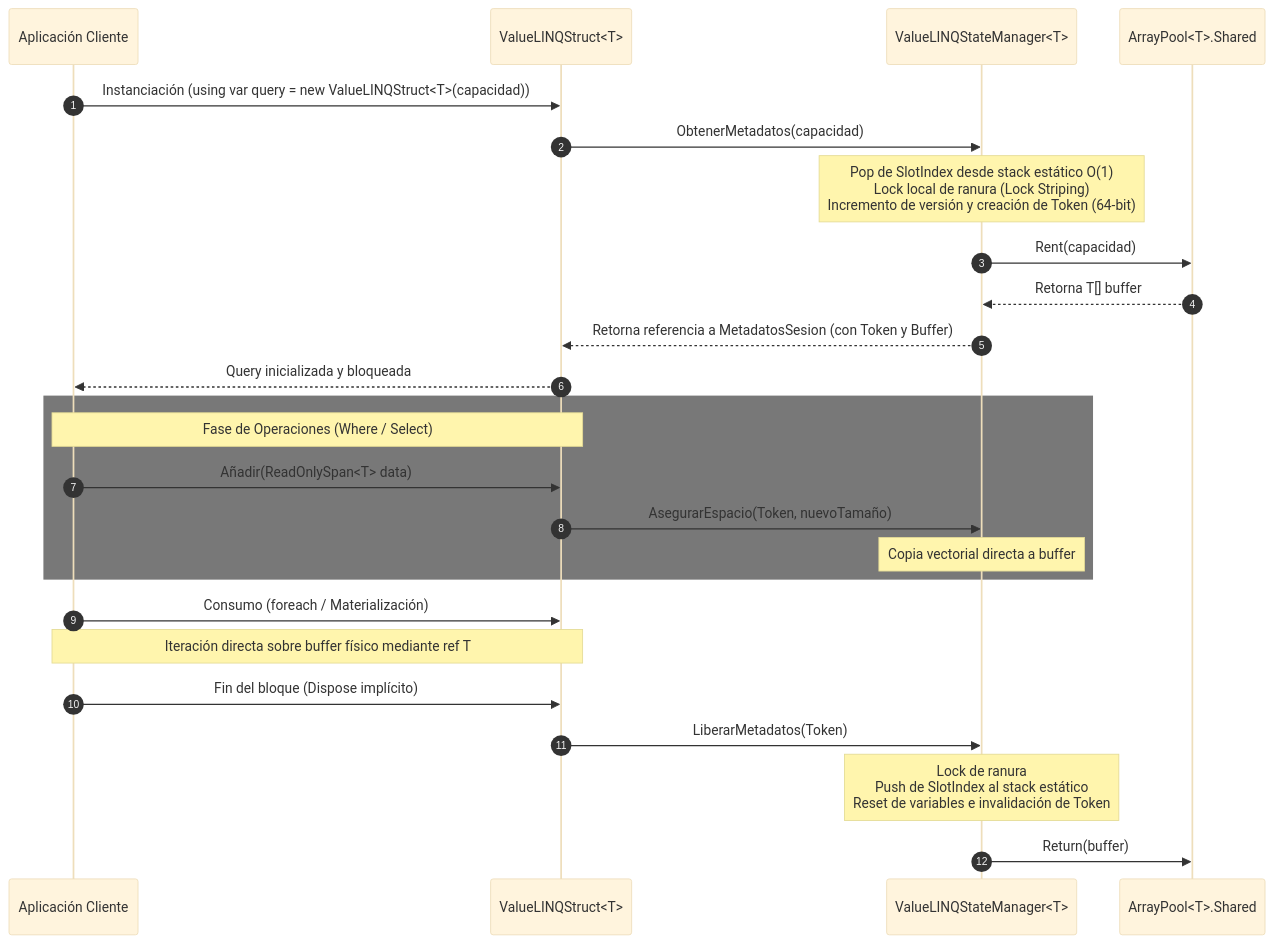
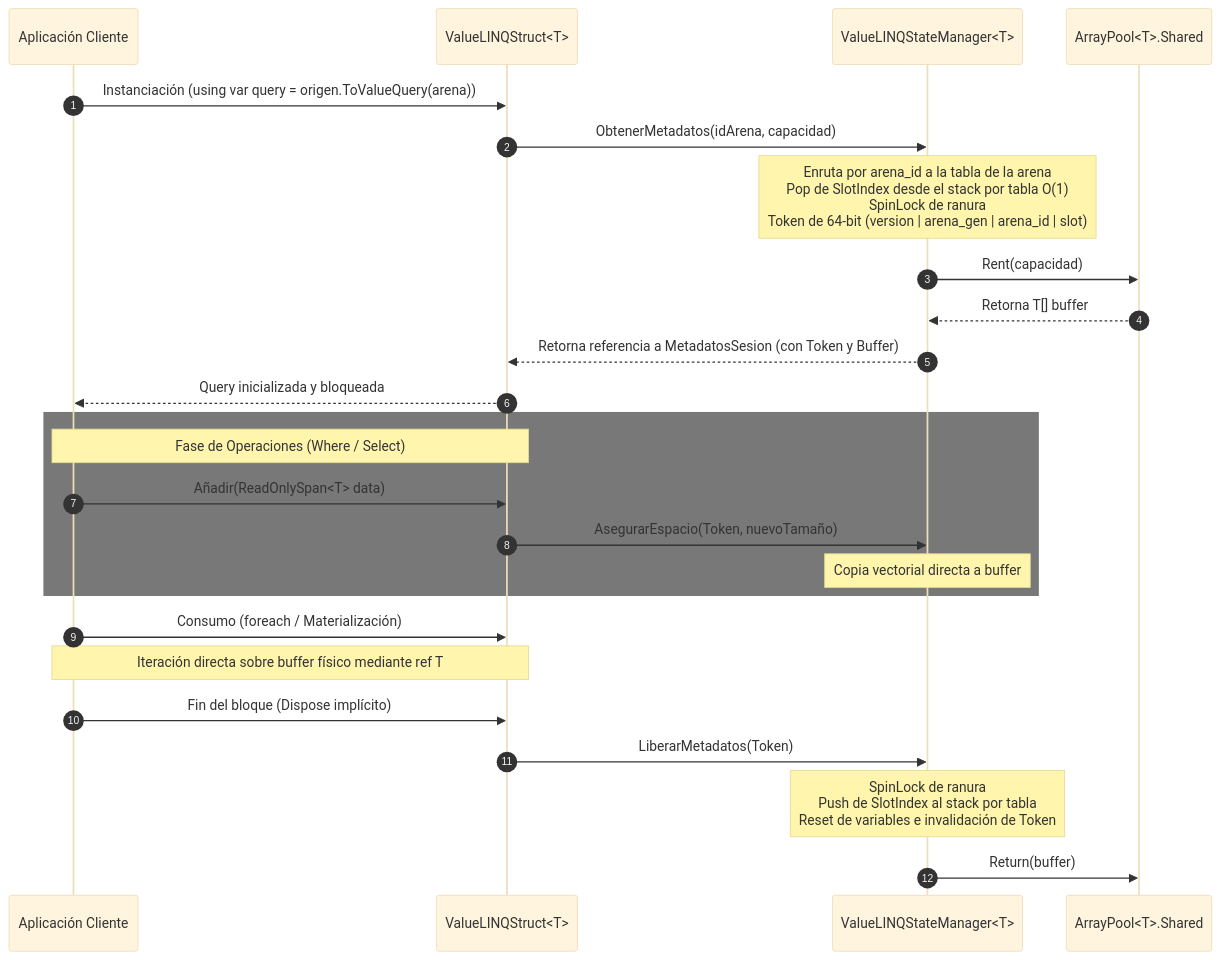
One commit to jcarrillo-dev/JCarrillo.AOT.Core changed the first of 2 diagrams in docs/ValueLINQ/README.md. Above: the diagram before and after it, drawn with Mermaid (base theme). The commit also changed other lines of this file and 5 other files, not shown here.

````diff
--- a/docs/ValueLINQ/README.md
+++ b/docs/ValueLINQ/README.md
@@ -106,31 +106,31 @@
 ```mermaid
 sequenceDiagram
     autonumber
     participant App as Aplicación Cliente
     participant VS as ValueLINQStruct<T>
     participant SM as ValueLINQStateManager<T>
     participant AP as ArrayPool<T>.Shared
 
-    App->>VS: Instanciación (using var query = new ValueLINQStruct<T>(capacidad))
-    VS->>SM: ObtenerMetadatos(capacidad)
-    Note over SM: Pop de SlotIndex desde stack estático O(1)<br/>Lock local de ranura (Lock Striping)<br/>Incremento de versión y creación de Token (64-bit)
+    App->>VS: Instanciación (using var query = origen.ToValueQuery(arena))
+    VS->>SM: ObtenerMetadatos(idArena, capacidad)
+    Note over SM: Enruta por arena_id a la tabla de la arena<br/>Pop de SlotIndex desde el stack por tabla O(1)<br/>SpinLock de ranura<br/>Token de 64-bit (version | arena_gen | arena_id | slot)
     SM->>AP: Rent(capacidad)
     AP-->>SM: Retorna T[] buffer
     SM-->>VS: Retorna referencia a MetadatosSesion (con Token y Buffer)
     VS-->>App: Query inicializada y bloqueada
 
     rect rgb(120, 120, 120)
         Note over App, VS: Fase de Operaciones (Where / Select)
         App->>VS: Añadir(ReadOnlySpan<T> data)
         VS->>SM: AsegurarEspacio(Token, nuevoTamaño)
         Note over SM: Copia vectorial directa a buffer
     end
 
     App->>VS: Consumo (foreach / Materialización)
     Note over App, VS: Iteración directa sobre buffer físico mediante ref T
 
     App->>VS: Fin del bloque (Dispose implícito)
     VS->>SM: LiberarMetadatos(Token)
-    Note over SM: Lock de ranura<br/>Push de SlotIndex al stack estático<br/>Reset de variables e invalidación de Token
+    Note over SM: SpinLock de ranura<br/>Push de SlotIndex al stack por tabla<br/>Reset de variables e invalidación de Token
     SM->>AP: Return(buffer)
 ```
````
